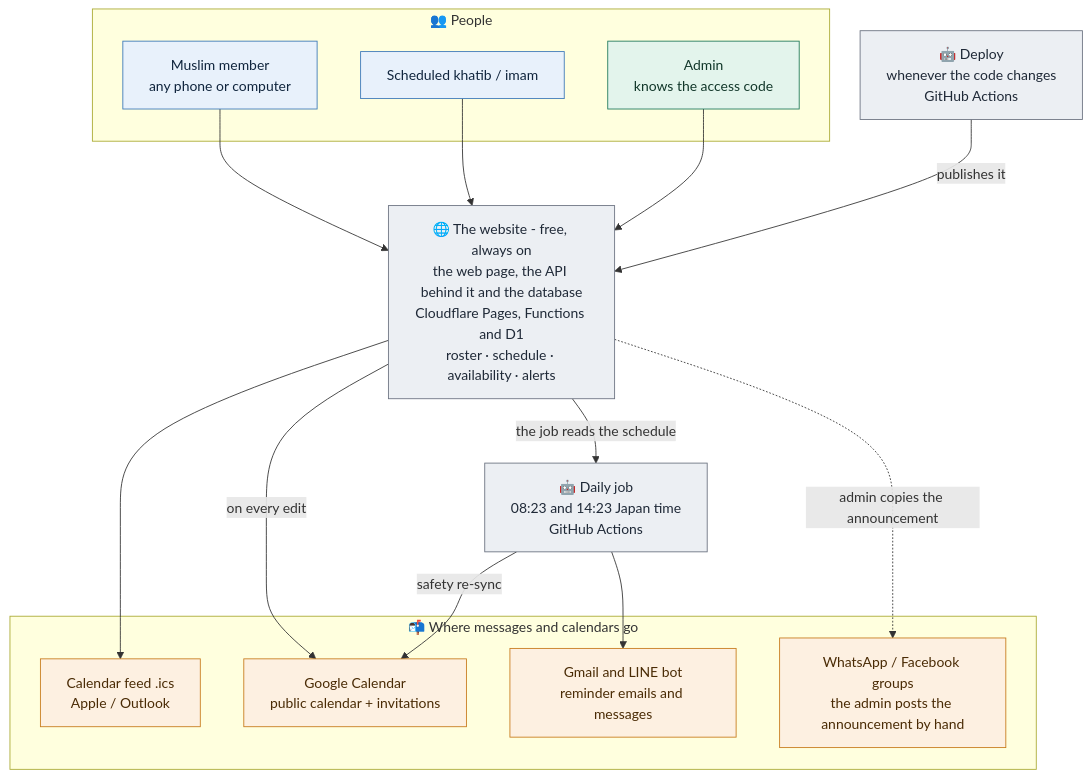
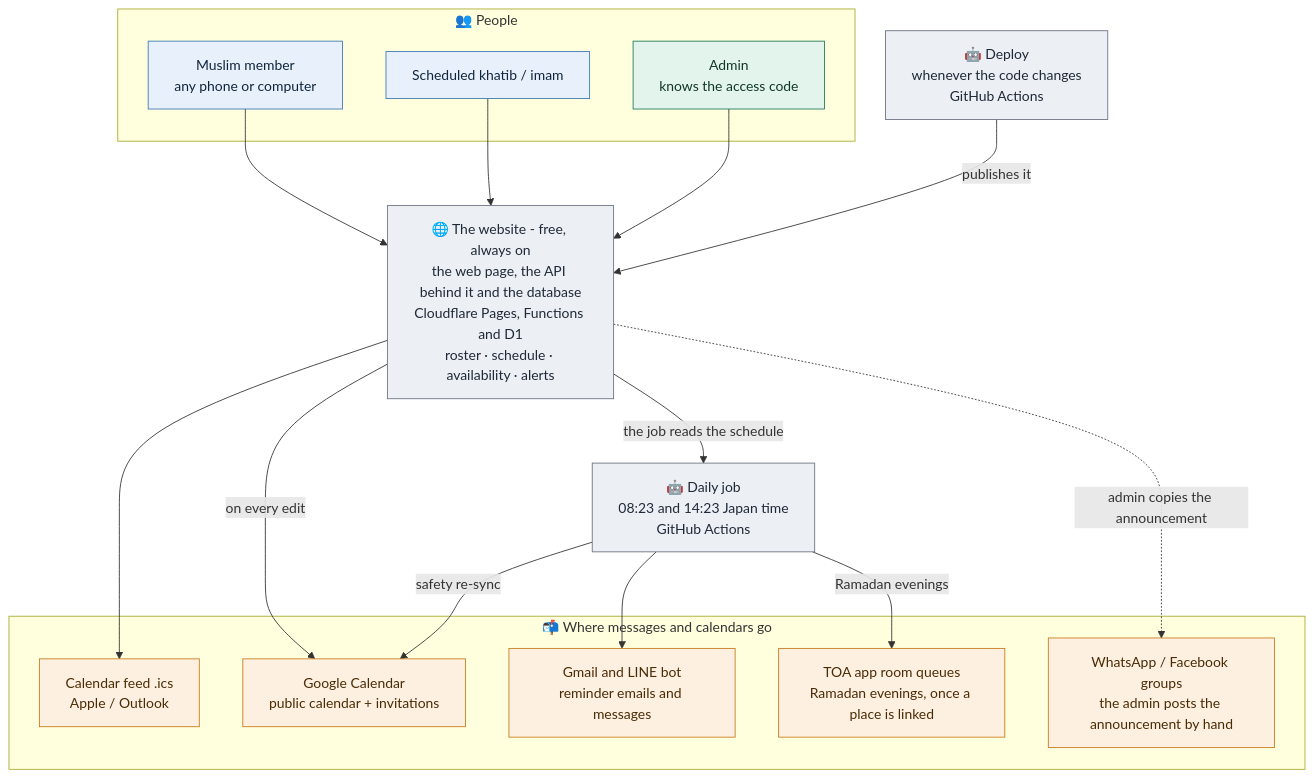
Before and after one commit to mushaffarasyidridha/Jumat-Scheduler-NAIST: the first of 14 diagrams in docs/GUIDE.md, drawn with Mermaid. The commit also changed other lines of this file and 20 other files, not shown here.

First line of the commit message:
TOA: add Ramadan evenings to linked TOA room queues

````diff
--- a/docs/GUIDE.md
+++ b/docs/GUIDE.md
@@ -21,39 +21,41 @@
 ```mermaid
 flowchart TD
   subgraph people["👥 People"]
     M["Muslim member<br/>any phone or computer"]
     S["Scheduled khatib / imam"]
     A["Admin<br/>knows the access code"]
   end
 
   DEP["🤖 Deploy<br/>whenever the code changes<br/>GitHub Actions"]
   SITE["🌐 The website - free, always on<br/>the web page, the API behind it and the database<br/>Cloudflare Pages, Functions and D1<br/>roster · schedule · availability · alerts"]
   JOB["🤖 Daily job<br/>08:23 and 14:23 Japan time<br/>GitHub Actions"]
 
   subgraph out["📬 Where messages and calendars go"]
     ICS["Calendar feed .ics<br/>Apple / Outlook"]
     GC["Google Calendar<br/>public calendar + invitations"]
     MSG["Gmail and LINE bot<br/>reminder emails and messages"]
+    TOA["TOA app room queues<br/>Ramadan evenings, once a place is linked"]
     WA["WhatsApp / Facebook groups<br/>the admin posts the announcement by hand"]
   end
 
   M --> SITE
   S --> SITE
   A --> SITE
   DEP -->|"publishes it"| SITE
   SITE -->|"the job reads the schedule"| JOB
   SITE --> ICS
   SITE -->|"on every edit"| GC
   SITE -.->|"admin copies the announcement"| WA
   JOB --> MSG
   JOB -->|"safety re-sync"| GC
+  JOB -->|"Ramadan evenings"| TOA
 
   classDef member fill:#e8f1fb,stroke:#3b78b8,color:#10253d
   classDef admin fill:#e3f4ec,stroke:#1f7a5c,color:#12372a
   classDef robot fill:#eceff3,stroke:#6b7280,color:#1f2937
   classDef out fill:#fdf0e1,stroke:#c77b1c,color:#4a2b05
   class M,S member
   class A admin
   class SITE,DEP,JOB robot
-  class MSG,GC,ICS,WA out
+  class MSG,GC,ICS,WA,TOA out
 ```
````
